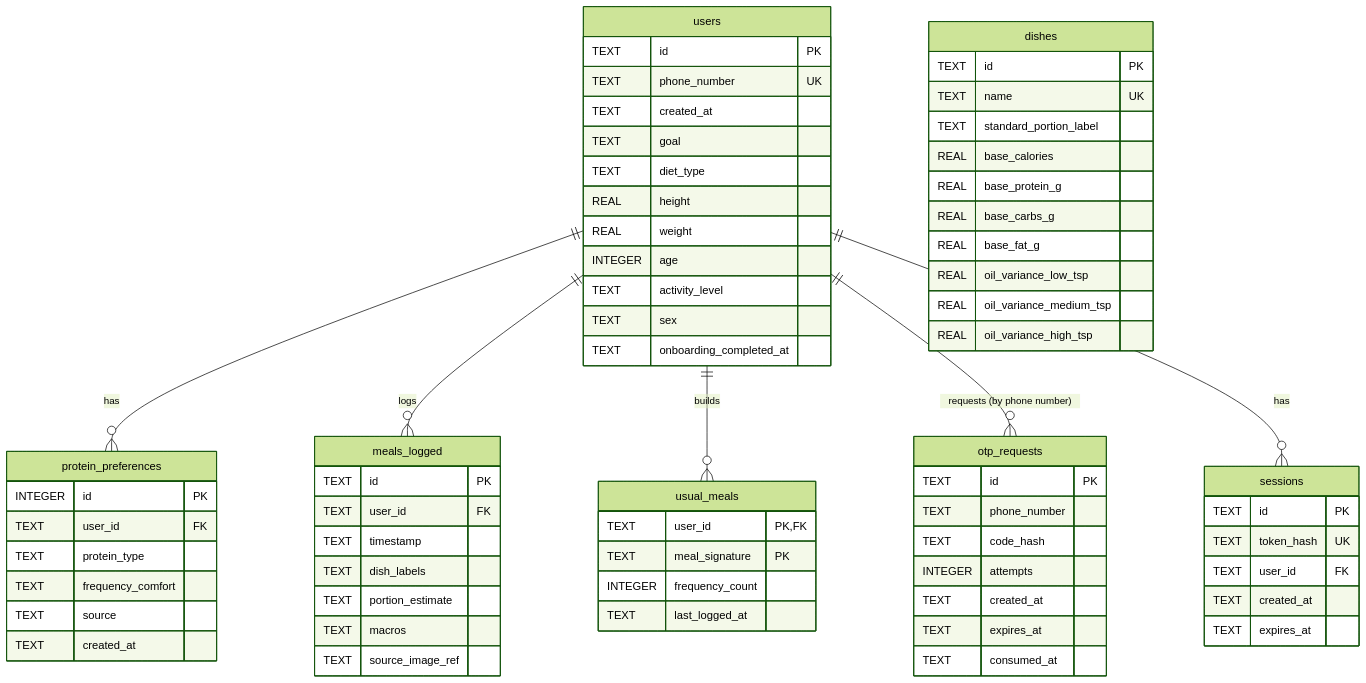
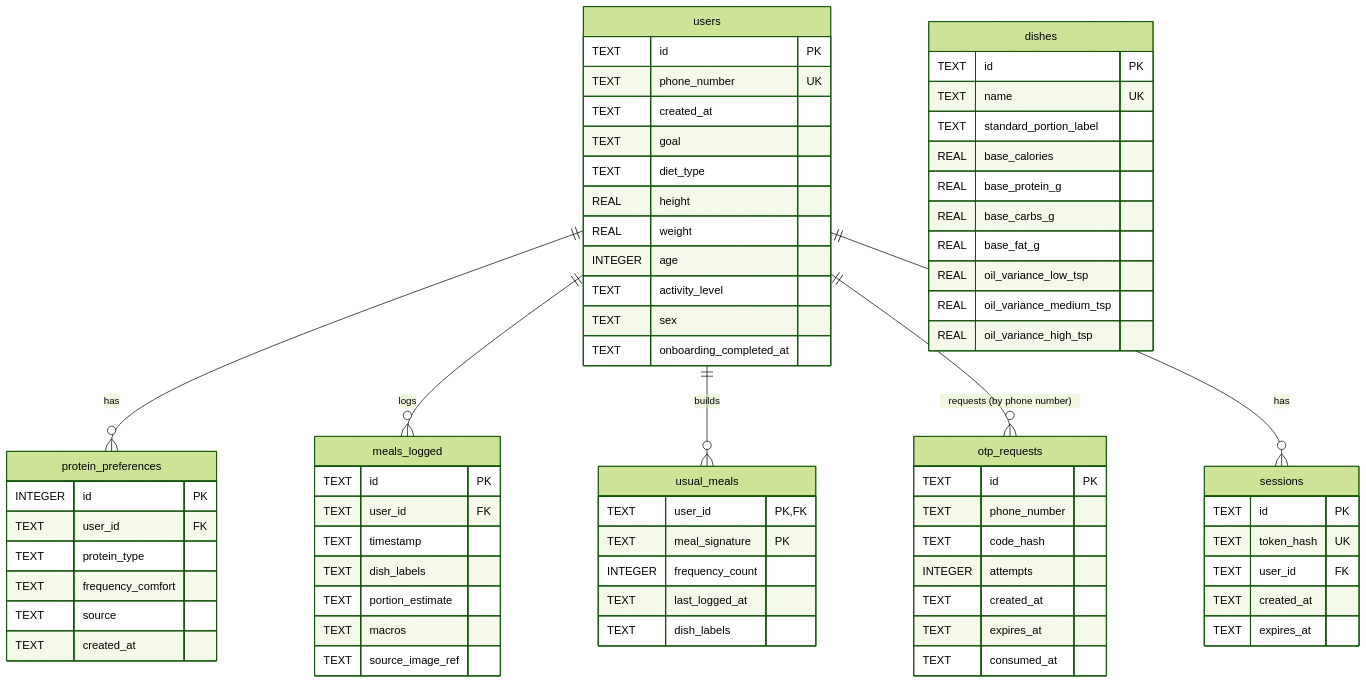
The diagram in docs/schema.md (m0jojojo/patleHoneAayeHo), drawn with Mermaid (forest theme) before and after one commit. The commit also changed other lines of this file and 19 other files, not shown here.

````diff
--- a/docs/schema.md
+++ b/docs/schema.md
@@ -7,79 +7,80 @@
 ```mermaid
 erDiagram
     users ||--o{ protein_preferences : "has"
     users ||--o{ meals_logged : "logs"
     users ||--o{ usual_meals : "builds"
     users ||--o{ otp_requests : "requests (by phone number)"
     users ||--o{ sessions : "has"
 
     users {
         TEXT id PK
         TEXT phone_number UK
         TEXT created_at
         TEXT goal
         TEXT diet_type
         REAL height
         REAL weight
         INTEGER age
         TEXT activity_level
         TEXT sex
         TEXT onboarding_completed_at
     }
 
     protein_preferences {
         INTEGER id PK
         TEXT user_id FK
         TEXT protein_type
         TEXT frequency_comfort
         TEXT source
         TEXT created_at
     }
 
     meals_logged {
         TEXT id PK
         TEXT user_id FK
         TEXT timestamp
         TEXT dish_labels
         TEXT portion_estimate
         TEXT macros
         TEXT source_image_ref
     }
 
     usual_meals {
         TEXT user_id PK, FK
         TEXT meal_signature PK
         INTEGER frequency_count
         TEXT last_logged_at
+        TEXT dish_labels
     }
 
     otp_requests {
         TEXT id PK
         TEXT phone_number
         TEXT code_hash
         INTEGER attempts
         TEXT created_at
         TEXT expires_at
         TEXT consumed_at
     }
 
     sessions {
         TEXT id PK
         TEXT token_hash UK
         TEXT user_id FK
         TEXT created_at
         TEXT expires_at
     }
 
     dishes {
         TEXT id PK
         TEXT name UK
         TEXT standard_portion_label
         REAL base_calories
         REAL base_protein_g
         REAL base_carbs_g
         REAL base_fat_g
         REAL oil_variance_low_tsp
         REAL oil_variance_medium_tsp
         REAL oil_variance_high_tsp
     }
 ```
````
